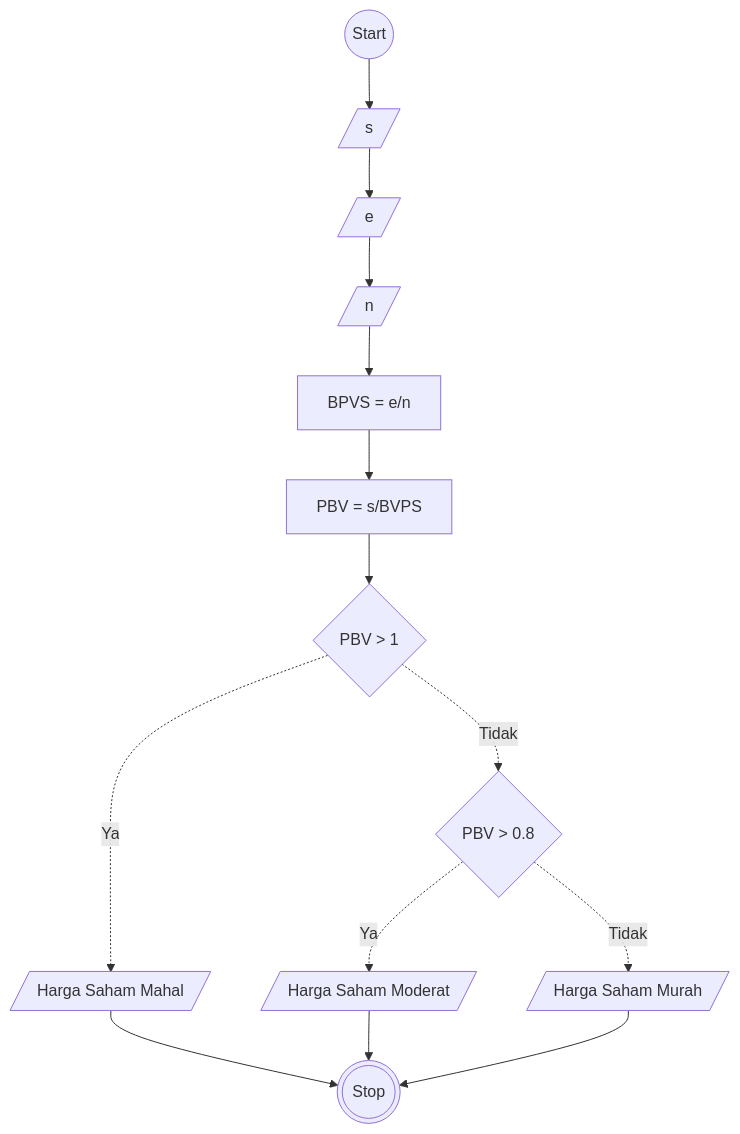
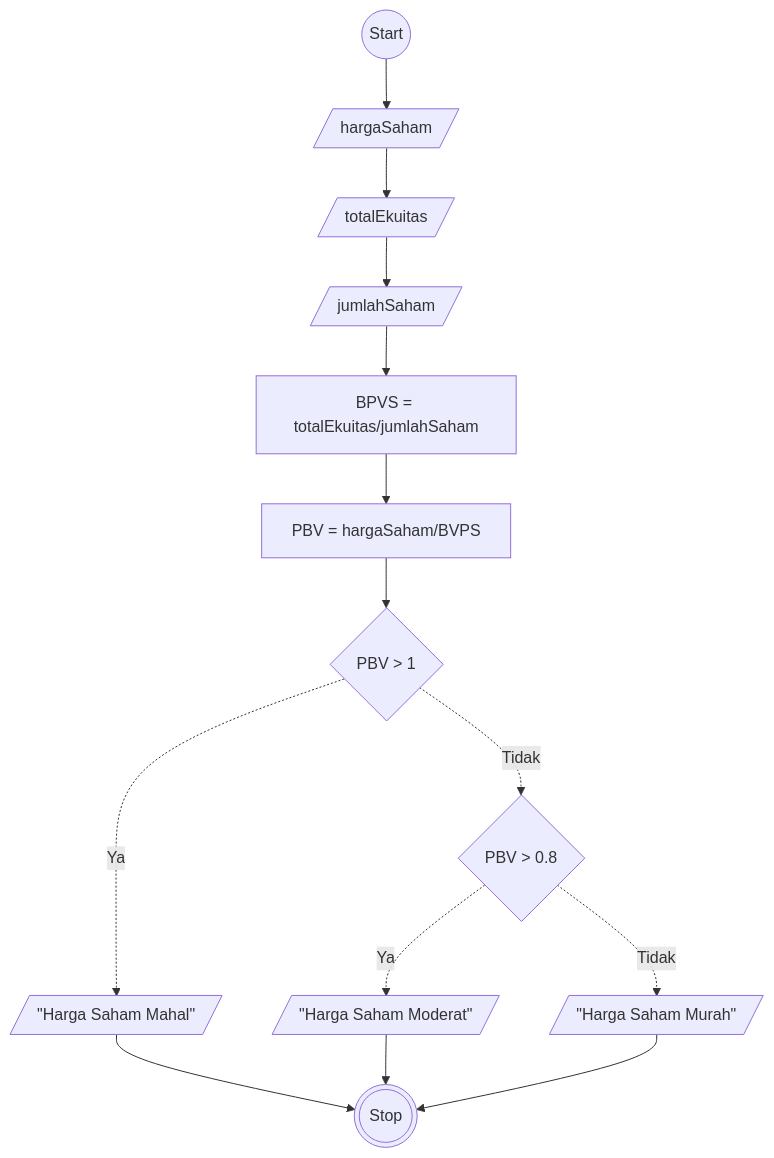
Before and after one commit to dimastadeoo/koda-b8-algoritma: the diagram in readme.md, drawn with Mermaid. The commit also changed other lines of this file, not shown here.

````diff
--- a/readme.md
+++ b/readme.md
@@ -21,23 +21,23 @@
 ```mermaid
 
 flowchart TB
     a@{ shape: circle, label: "Start" }
-    b@{ shape: lean-r, label: "s" }
-    c@{ shape: lean-r, label: "e" }
-    d@{ shape: lean-r, label: "n" }
-    e@{ shape: rect, label: "BPVS = e/n" }
-    f@{ shape: rect, label: "PBV = s/BVPS" }
+    b@{ shape: lean-r, label: "hargaSaham" }
+    c@{ shape: lean-r, label: "totalEkuitas" }
+    d@{ shape: lean-r, label: "jumlahSaham" }
+    e@{ shape: rect, label: "BPVS = totalEkuitas/jumlahSaham" }
+    f@{ shape: rect, label: "PBV = hargaSaham/BVPS" }
     g@{ shape: diamond, label: "PBV > 1" }
-    h@{ shape: lean-r, label: "Harga Saham Mahal" }
+    h@{ shape: lean-r, label: "&quot;Harga Saham Mahal&quot;" }
     i@{ shape: diamond, label: "PBV > 0.8" }
-    j@{ shape: lean-r, label: "Harga Saham Moderat" }
-    k@{ shape: lean-r, label: "Harga Saham Murah" }
+    j@{ shape: lean-r, label: "&quot;Harga Saham Moderat&quot;" }
+    k@{ shape: lean-r, label: "&quot;Harga Saham Murah&quot;" }
     l@{ shape: dbl-circ, label: "Stop" }
 
     a-->b-->c-->d-->e-->f-->g-. Ya .->h-->l
     g-. Tidak .->i-. Ya .->j-->l
     i-. Tidak .->k-->l
     
     
 
 ```
````
